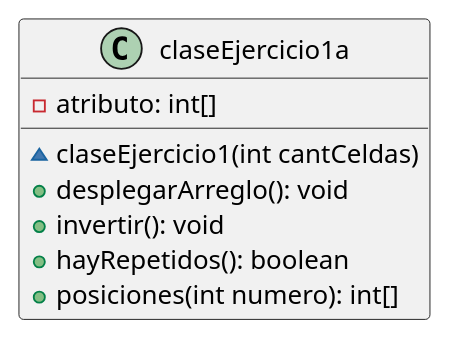
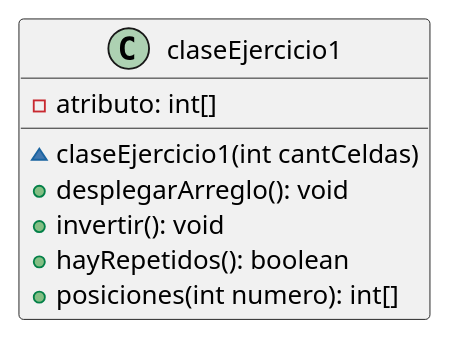
Before and after one commit to akrugort/Programacion1: the diagram in TP1-KRUG-NEVADO/Ejercicio 1/TP1-PR1-KRUG_Ej1.puml, drawn with PlantUML. The commit also changed 17 other files, not shown here.

```diff
--- a/TP1-KRUG-NEVADO/Ejercicio 1/TP1-PR1-KRUG_Ej1.puml
+++ b/TP1-KRUG-NEVADO/Ejercicio 1/TP1-PR1-KRUG_Ej1.puml
@@ -1,15 +1,13 @@
 @startuml ArreglosMatrices_Ejercicio1
 
-class claseEjercicio1a{
+class claseEjercicio1{
     -atributo: int[]
 
     ~claseEjercicio1(int cantCeldas)
     +desplegarArreglo(): void
     +invertir(): void
     +hayRepetidos(): boolean
     +posiciones(int numero): int[]
 }
 
-
-
 @enduml
```
